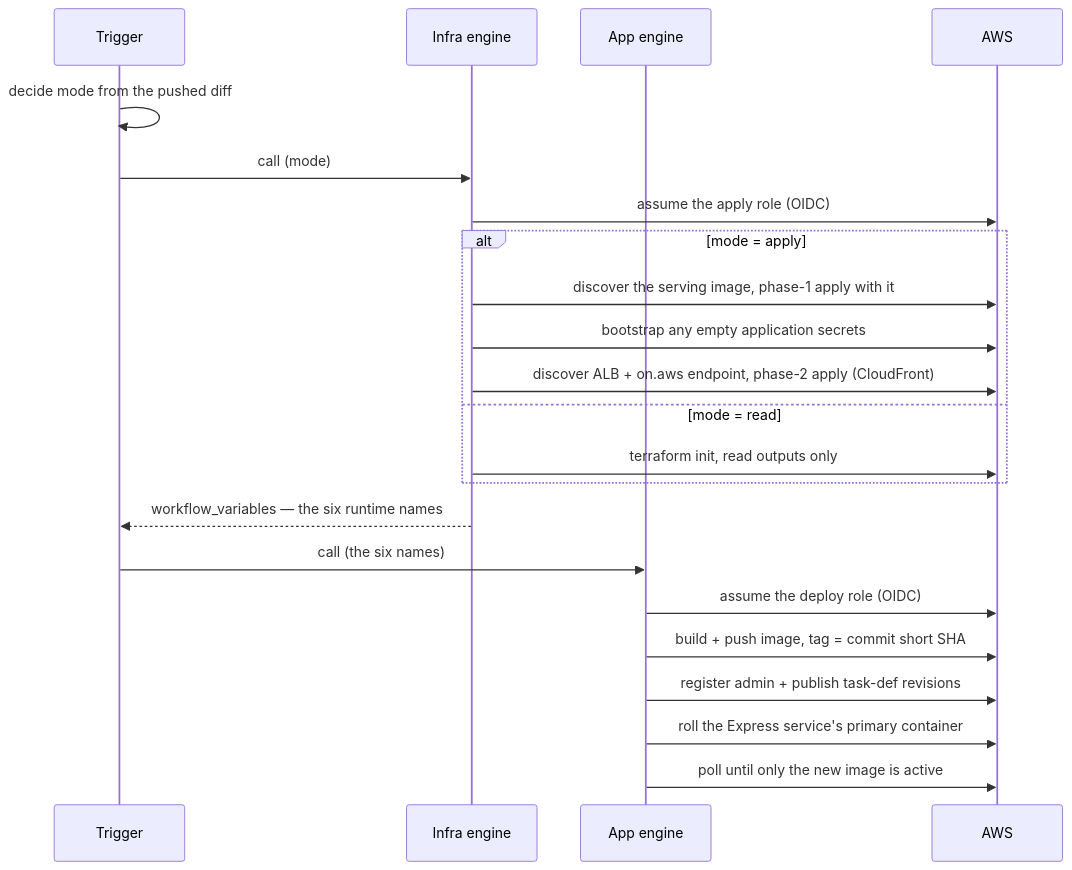
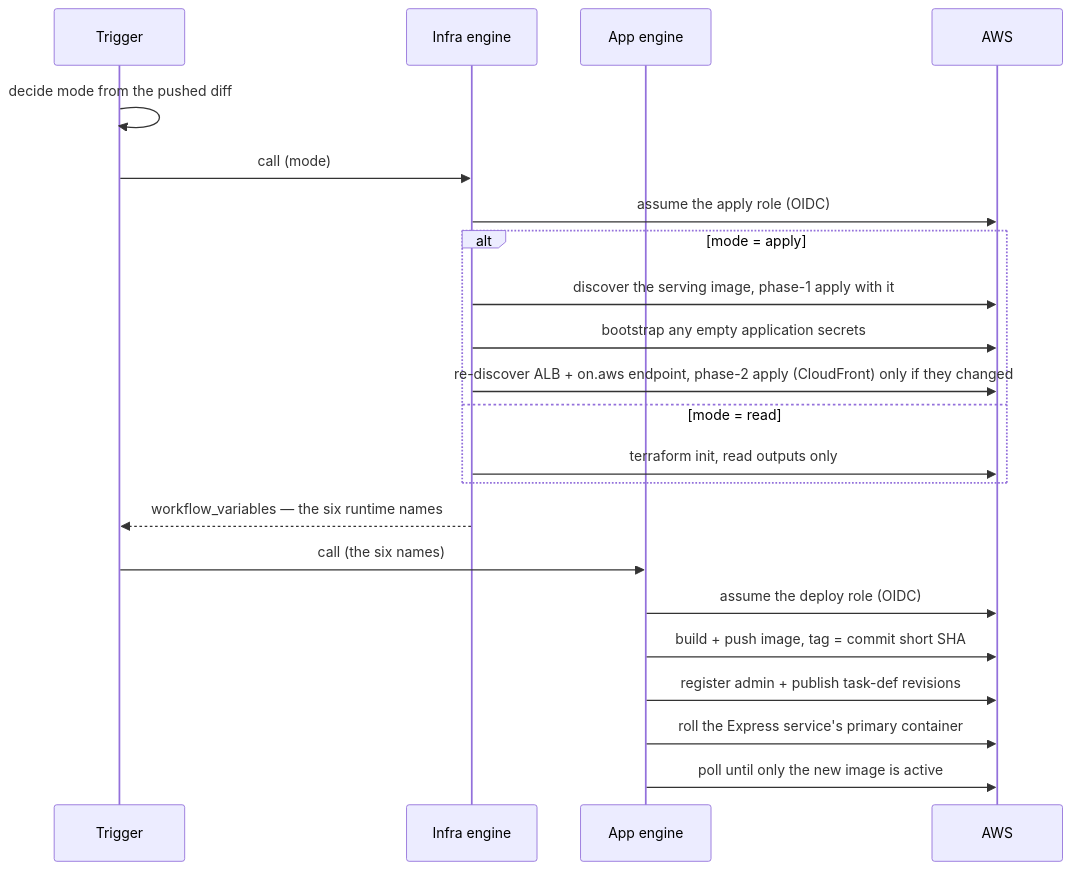
One commit to NASA-IMPACT/MMGIS changed the first of 2 diagrams in docs/infrastructure/pipelines.md. Above: the diagram before and after it, drawn with Mermaid. The commit also changed other lines of this file and 3 other files, not shown here.

````diff
--- a/docs/infrastructure/pipelines.md
+++ b/docs/infrastructure/pipelines.md
@@ -21,25 +21,25 @@
 ```mermaid
 sequenceDiagram
     participant T as Trigger
     participant I as Infra engine
     participant A as App engine
     participant AWS as AWS
 
     T->>T: decide mode from the pushed diff
     T->>I: call (mode)
     I->>AWS: assume the apply role (OIDC)
     alt mode = apply
         I->>AWS: discover the serving image, phase-1 apply with it
         I->>AWS: bootstrap any empty application secrets
-        I->>AWS: discover ALB + on.aws endpoint, phase-2 apply (CloudFront)
+        I->>AWS: re-discover ALB + on.aws endpoint, phase-2 apply (CloudFront) only if they changed
     else mode = read
         I->>AWS: terraform init, read outputs only
     end
     I-->>T: workflow_variables — the six runtime names
     T->>A: call (the six names)
     A->>AWS: assume the deploy role (OIDC)
     A->>AWS: build + push image, tag = commit short SHA
     A->>AWS: register admin + publish task-def revisions
     A->>AWS: roll the Express service's primary container
     A->>AWS: poll until only the new image is active
 ```
````
